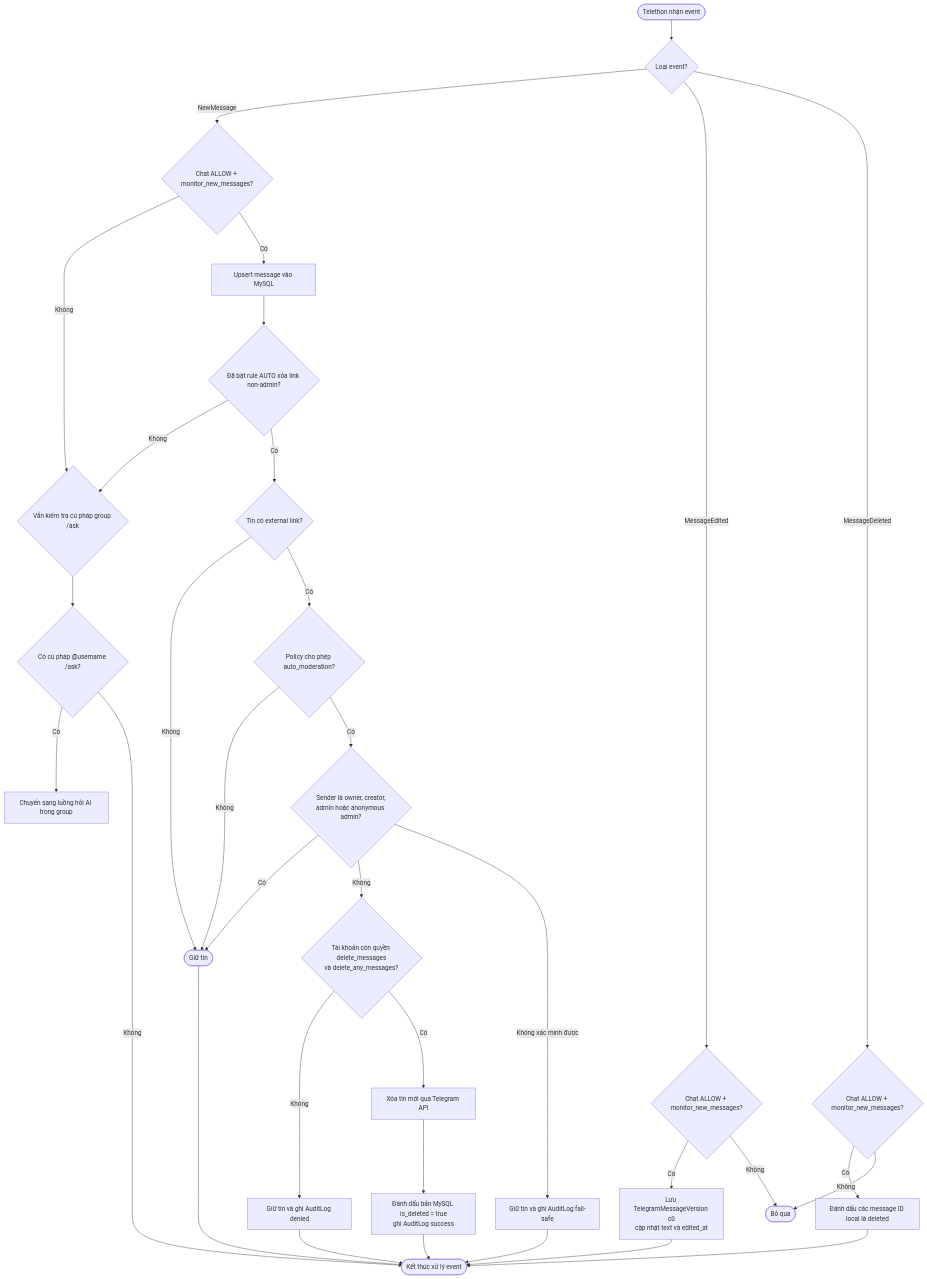
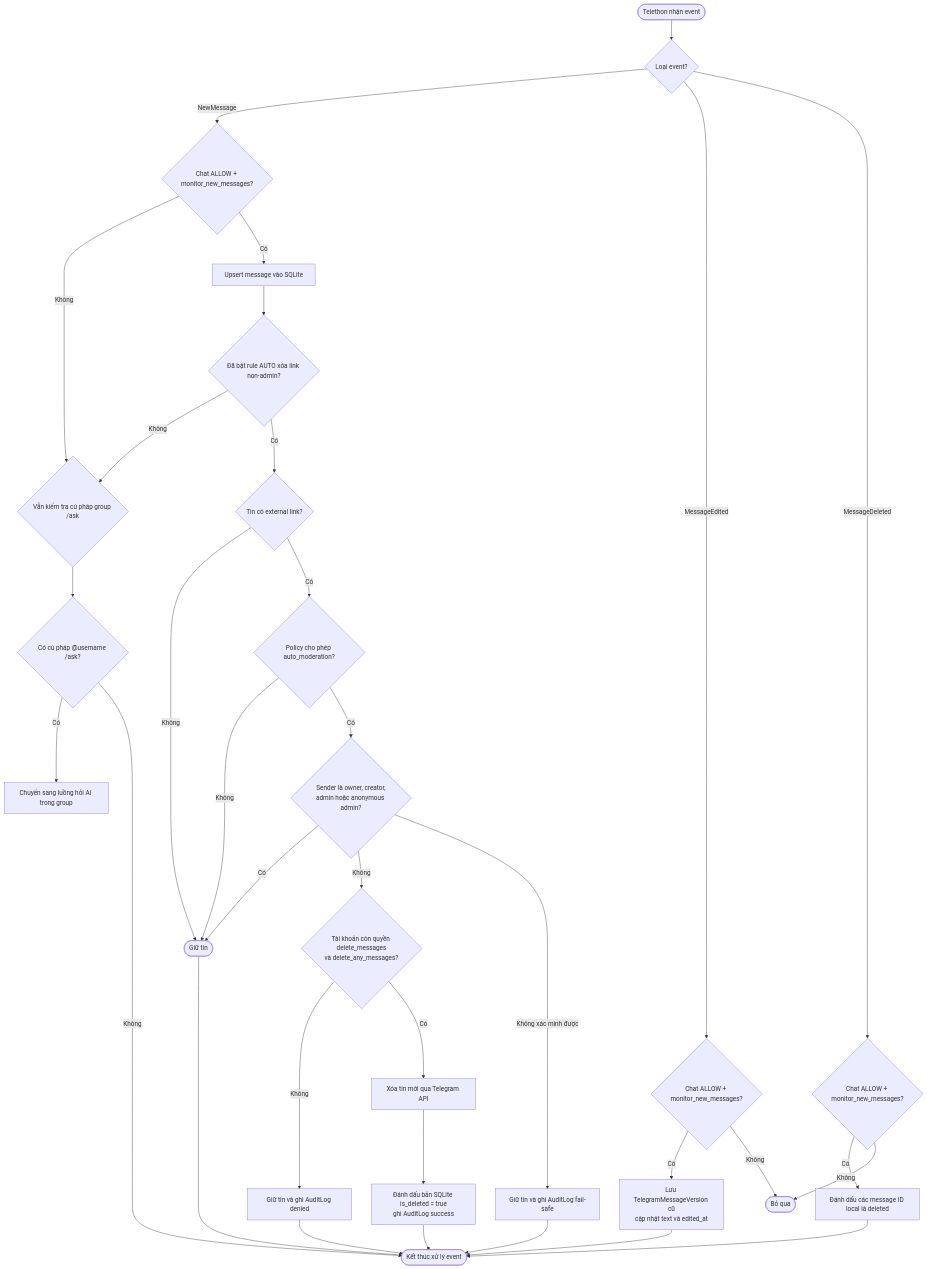
Before and after one commit to NyanBUIDL/telegram-ai-personal-assistant: the seventh of 8 diagrams in ACTIVITY_DIAGRAM.md, drawn with Mermaid. The commit also changed other lines of this file and 132 other files, not shown here.

````diff
--- a/ACTIVITY_DIAGRAM.md
+++ b/ACTIVITY_DIAGRAM.md
@@ -329,39 +329,39 @@
 ```mermaid
 flowchart TD
     e0(["Telethon nhận event"]) --> event{"Loại event?"}
 
     event -->|"NewMessage"| monitor_new{"Chat ALLOW + monitor_new_messages?"}
     monitor_new -->|"Không"| ask_only{"Vẫn kiểm tra cú pháp group /ask"}
-    monitor_new -->|"Có"| upsert_new["Upsert message vào MySQL"]
+    monitor_new -->|"Có"| upsert_new["Upsert message vào SQLite"]
     upsert_new --> auto_rule{"Đã bật rule AUTO xóa link non-admin?"}
     auto_rule -->|"Không"| ask_only
     auto_rule -->|"Có"| has_link{"Tin có external link?"}
     has_link -->|"Không"| keep(["Giữ tin"])
     has_link -->|"Có"| auto_permission{"Policy cho phép auto_moderation?"}
     auto_permission -->|"Không"| keep
     auto_permission -->|"Có"| trusted{"Sender là owner, creator,<br/>admin hoặc anonymous admin?"}
     trusted -->|"Có"| keep
     trusted -->|"Không"| rights{"Tài khoản còn quyền delete_messages<br/>và delete_any_messages?"}
     trusted -->|"Không xác minh được"| fail_safe["Giữ tin và ghi AuditLog fail-safe"]
     rights -->|"Không"| denied["Giữ tin và ghi AuditLog denied"]
     rights -->|"Có"| delete["Xóa tin mới qua Telegram API"]
-    delete --> deleted_local["Đánh dấu bản MySQL is_deleted = true<br/>ghi AuditLog success"]
+    delete --> deleted_local["Đánh dấu bản SQLite is_deleted = true<br/>ghi AuditLog success"]
 
     event -->|"MessageEdited"| monitor_edit{"Chat ALLOW + monitor_new_messages?"}
     monitor_edit -->|"Có"| version["Lưu TelegramMessageVersion cũ<br/>cập nhật text và edited_at"]
     monitor_edit -->|"Không"| ignored(["Bỏ qua"])
 
     event -->|"MessageDeleted"| monitor_delete{"Chat ALLOW + monitor_new_messages?"}
     monitor_delete -->|"Có"| mark_deleted["Đánh dấu các message ID local là deleted"]
     monitor_delete -->|"Không"| ignored
 
     ask_only --> ask{"Có cú pháp @username /ask?"}
     ask -->|"Có"| group_flow["Chuyển sang luồng hỏi AI trong group"]
     ask -->|"Không"| done(["Kết thúc xử lý event"])
     deleted_local --> done
     version --> done
     mark_deleted --> done
     keep --> done
     fail_safe --> done
     denied --> done
 ```
````
